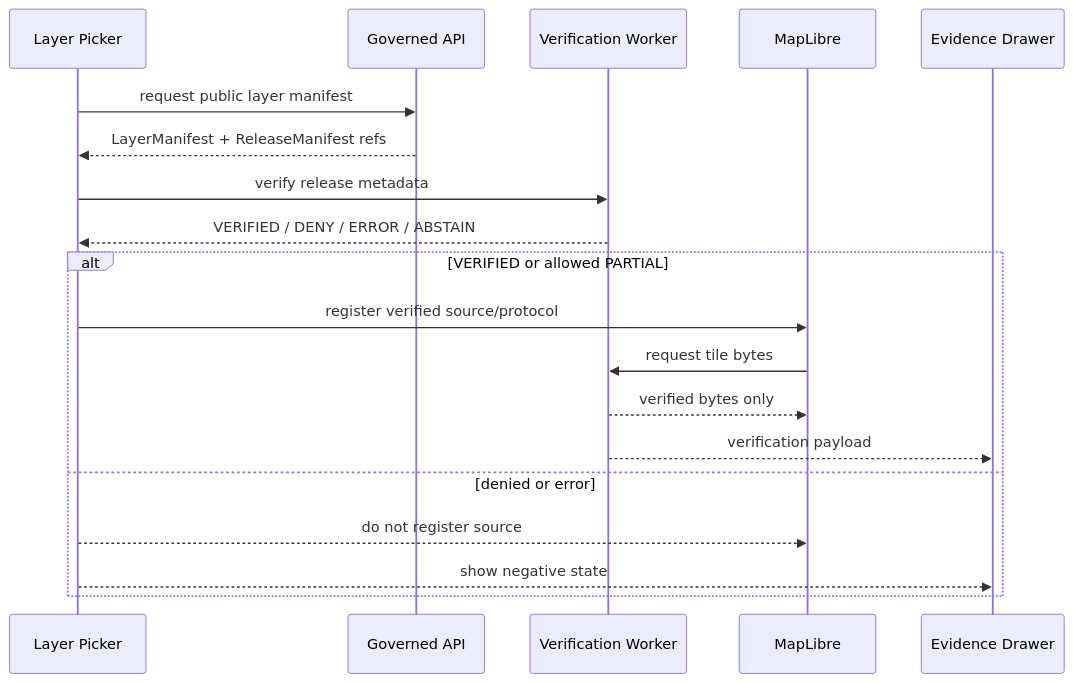
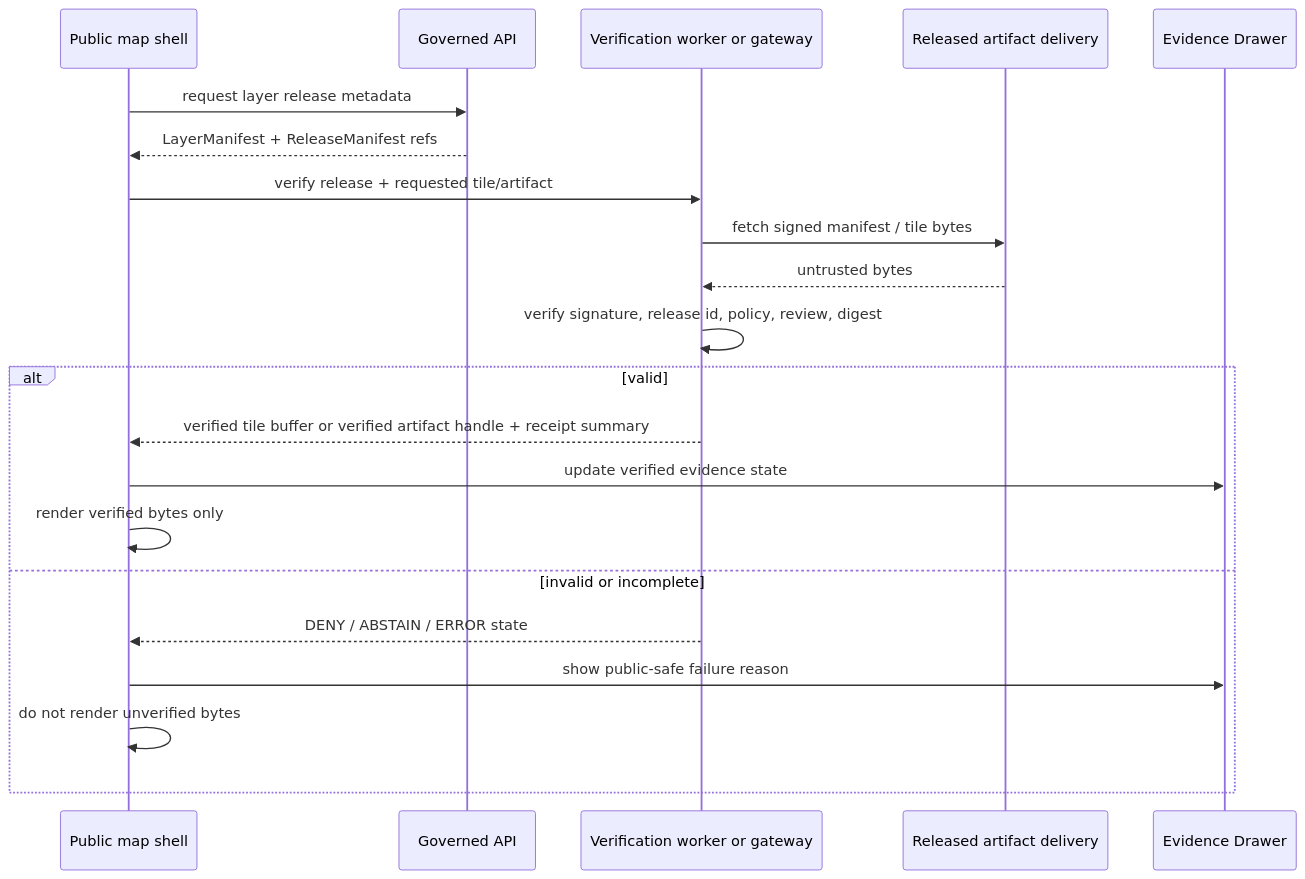
Before and after one commit to bartytime4life/Kansas-Frontier-Matrix: the second of 2 diagrams in docs/architecture/tiles/VERIFIABLE_TILE_RENDERING.md, drawn with Mermaid. The commit also changed other lines of this file, not shown here.

````diff
--- a/docs/architecture/tiles/VERIFIABLE_TILE_RENDERING.md
+++ b/docs/architecture/tiles/VERIFIABLE_TILE_RENDERING.md
@@ -516,22 +198,24 @@
 ```mermaid
 sequenceDiagram
-  participant UI as Layer Picker
+  participant UI as Public map shell
   participant API as Governed API
-  participant W as Verification Worker
-  participant ML as MapLibre
+  participant V as Verification worker or gateway
+  participant CDN as Released artifact delivery
   participant ED as Evidence Drawer
 
-  UI->>API: request public layer manifest
+  UI->>API: request layer release metadata
   API-->>UI: LayerManifest + ReleaseManifest refs
-  UI->>W: verify release metadata
-  W-->>UI: VERIFIED / DENY / ERROR / ABSTAIN
-  alt VERIFIED or allowed PARTIAL
-    UI->>ML: register verified source/protocol
-    ML->>W: request tile bytes
-    W-->>ML: verified bytes only
-    W-->>ED: verification payload
-  else denied or error
-    UI-->>ML: do not register source
-    UI-->>ED: show negative state
+  UI->>V: verify release + requested tile/artifact
+  V->>CDN: fetch signed manifest / tile bytes
+  CDN-->>V: untrusted bytes
+  V->>V: verify signature, release id, policy, review, digest
+  alt valid
+    V-->>UI: verified tile buffer or verified artifact handle + receipt summary
+    UI->>ED: update verified evidence state
+    UI->>UI: render verified bytes only
+  else invalid or incomplete
+    V-->>UI: DENY / ABSTAIN / ERROR state
+    UI->>ED: show public-safe failure reason
+    UI->>UI: do not render unverified bytes
   end
 ```
````
